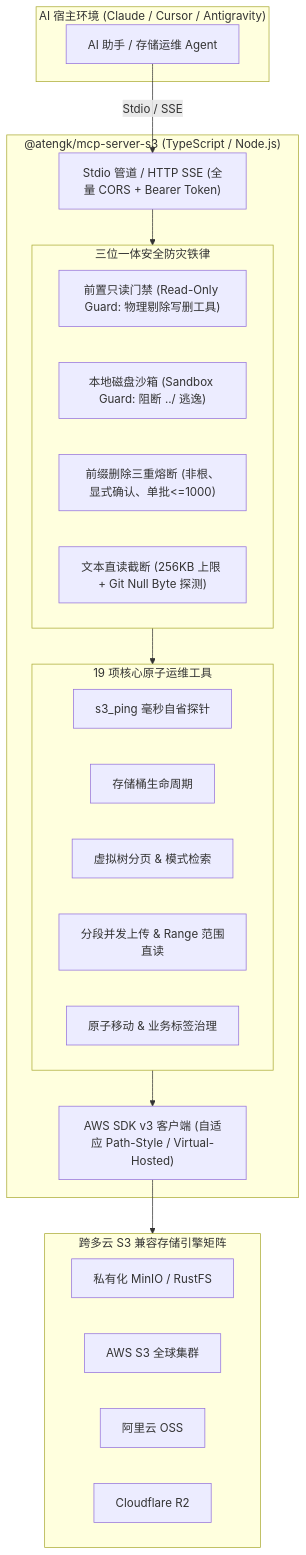
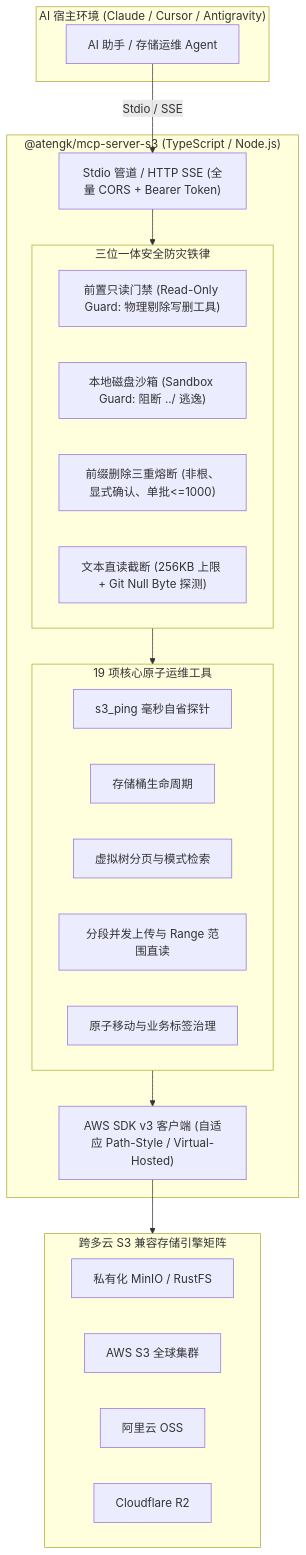
The diagram in docs/servers/storage/s3.md (atengk/Ateng-MCP), drawn with Mermaid before and after one commit. The commit also changed 14 other files, not shown here.

````diff
--- a/docs/servers/storage/s3.md
+++ b/docs/servers/storage/s3.md
@@ -25,40 +25,40 @@
 ```mermaid
 flowchart TD
   subgraph AI_Host["AI 宿主环境 (Claude / Cursor / Antigravity)"]
     Agent["AI 助手 / 存储运维 Agent"]
   end
 
   subgraph MCP_Server["@atengk/mcp-server-s3 (TypeScript / Node.js)"]
     Transport["Stdio 管道 / HTTP SSE (全量 CORS + Bearer Token)"]
     
     subgraph Triple_Guards["三位一体安全防灾铁律"]
       ReadOnly["前置只读门禁 (Read-Only Guard: 物理剔除写删工具)"]
       Sandbox["本地磁盘沙箱 (Sandbox Guard: 阻断 ../ 逃逸)"]
       PrefixGuard["前缀删除三重熔断 (非根、显式确认、单批<=1000)"]
       Truncator["文本直读截断 (256KB 上限 + Git Null Byte 探测)"]
     end
 
     subgraph Toolsets["19 项核心原子运维工具"]
       ProbeOps["s3_ping 毫秒自省探针"]
       BucketOps["存储桶生命周期"]
-      ObjectSearch["虚拟树分页 & 模式检索"]
-      StreamingOps["分段并发上传 & Range 范围直读"]
-      Governance["原子移动 & 业务标签治理"]
+      ObjectSearch["虚拟树分页与模式检索"]
+      StreamingOps["分段并发上传与 Range 范围直读"]
+      Governance["原子移动与业务标签治理"]
     end
 
     SDKDriver["AWS SDK v3 客户端 (自适应 Path-Style / Virtual-Hosted)"]
   end
 
   subgraph S3_Backends["跨多云 S3 兼容存储引擎矩阵"]
     MinIO["私有化 MinIO / RustFS"]
     AWS["AWS S3 全球集群"]
     AliOSS["阿里云 OSS"]
     Cloudflare["Cloudflare R2"]
   end
 
   Agent -->|Stdio / SSE| Transport
   Transport --> Triple_Guards
   Triple_Guards --> Toolsets
   Toolsets --> SDKDriver
   SDKDriver --> S3_Backends
 ```
````
